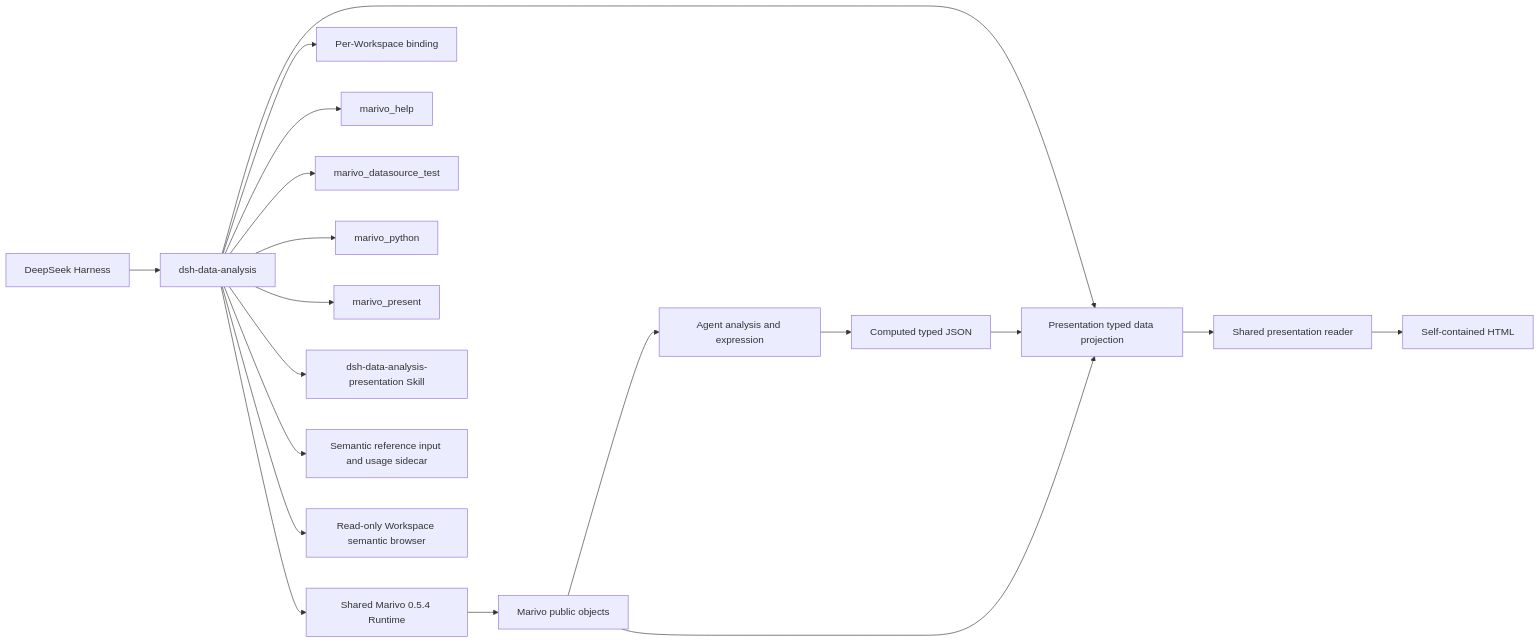
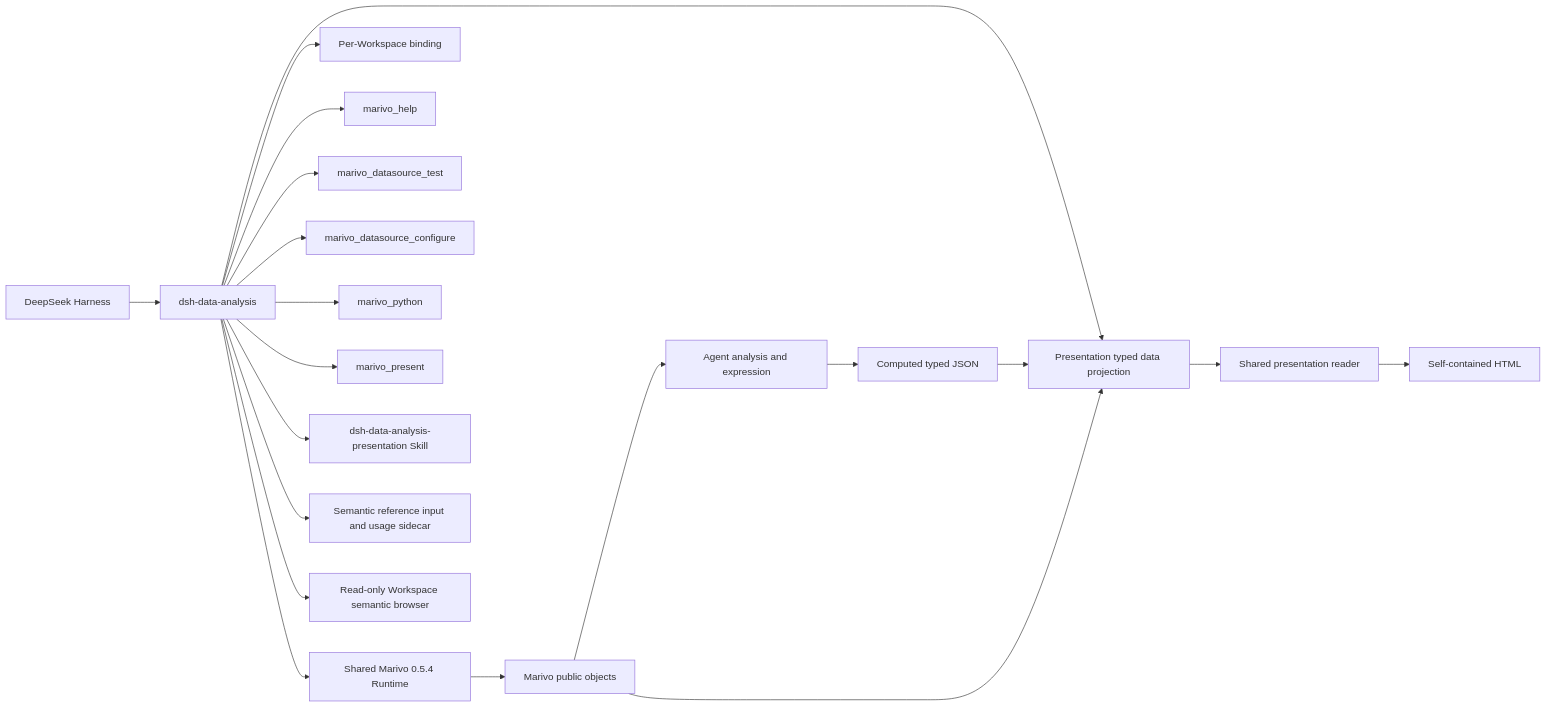
One commit to chengxianglibra/dsh-data-analysis changed the diagram in docs/architecture.md. Above: the diagram before and after it, drawn with Mermaid. The commit also changed other lines of this file and 33 other files, not shown here.

````diff
--- a/docs/architecture.md
+++ b/docs/architecture.md
@@ -16,21 +16,22 @@
 ```mermaid
 flowchart LR
   D[DeepSeek Harness] --> P[dsh-data-analysis]
   P --> R[Shared Marivo 0.5.4 Runtime]
   P --> W[Per-Workspace binding]
   P --> H[marivo_help]
   P --> T[marivo_datasource_test]
+  P --> CFG[marivo_datasource_configure]
   P --> Y[marivo_python]
   P --> E[marivo_present]
   P --> K[dsh-data-analysis-presentation Skill]
   P --> S[Semantic reference input and usage sidecar]
   P --> B[Read-only Workspace semantic browser]
   P --> J[Presentation typed data projection]
   R --> M[Marivo public objects]
   M --> A[Agent analysis and expression]
   A --> C[Computed typed JSON]
   C --> J
   M --> J
   J --> V[Shared presentation reader]
   V --> O[Self-contained HTML]
 ```
````
